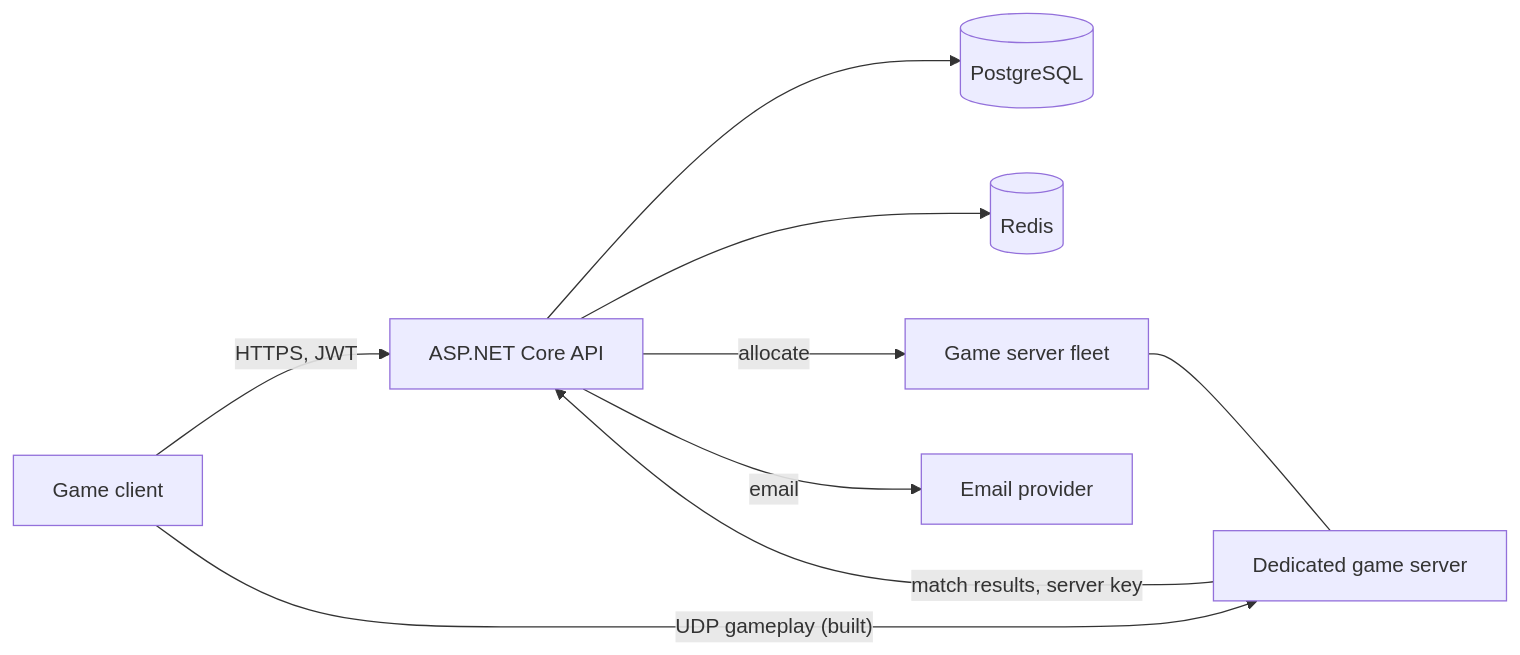
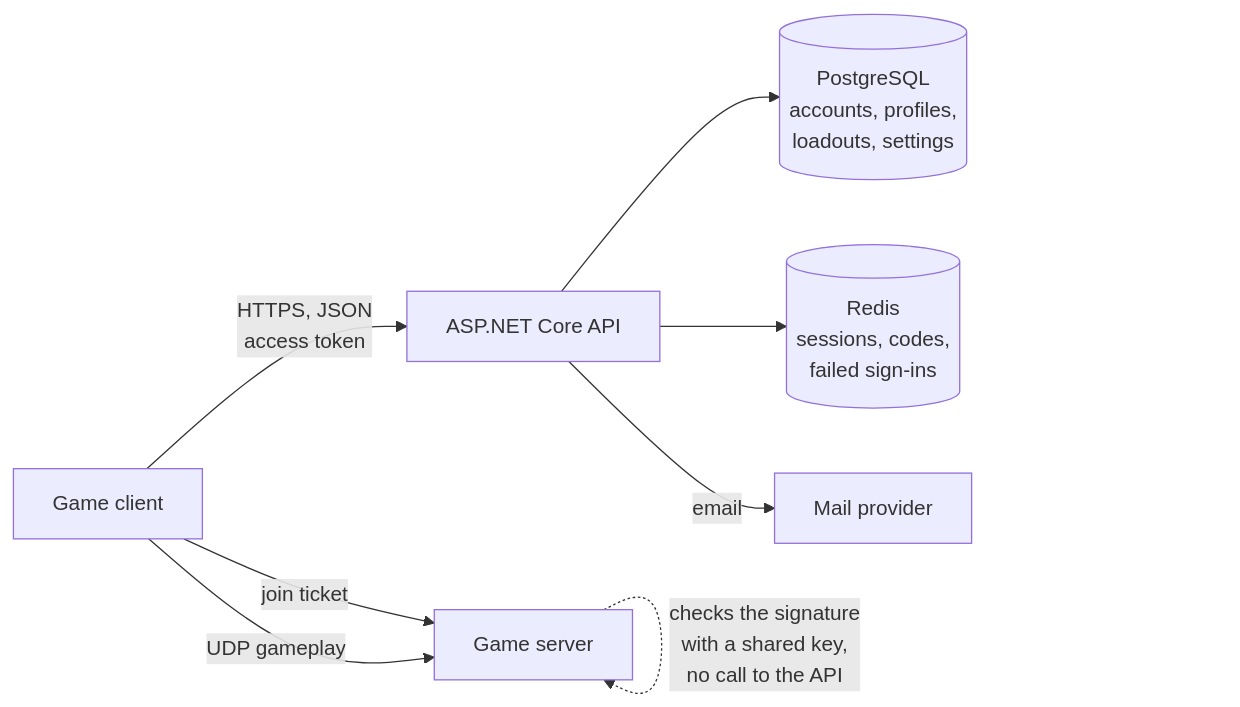
The sixth of 6 diagrams in pulsebreak/docs/ARCHITECTURE.md (aidenobrad-ctrl/Claude), drawn with Mermaid before and after one commit. The commit also changed other lines of this file and 2 other files, not shown here.

First line of the commit message:
Document accounts: backend setup, signing in, sync, and servers that need tickets

````diff
--- a/pulsebreak/docs/ARCHITECTURE.md
+++ b/pulsebreak/docs/ARCHITECTURE.md
@@ -344,11 +365,10 @@
 ```mermaid
 flowchart LR
-    Client[Game client] -- HTTPS, JWT --> API[ASP.NET Core API]
-    API --> PG[(PostgreSQL)]
-    API --> Redis[(Redis)]
-    API -- allocate --> Fleet[Game server fleet]
-    Client -- "UDP gameplay (built)" --> GS[Dedicated game server]
-    Fleet --- GS
-    GS -- "match results, server key" --> API
-    API -- email --> Mail[Email provider]
+    Game[Game client] -- "HTTPS, JSON<br/>access token" --> API[ASP.NET Core API]
+    API --> PG[(PostgreSQL<br/>accounts, profiles,<br/>loadouts, settings)]
+    API --> Redis[(Redis<br/>sessions, codes,<br/>failed sign-ins)]
+    API -- email --> Mail[Mail provider]
+    Game -- "join ticket" --> GS[Game server]
+    GS -. "checks the signature<br/>with a shared key,<br/>no call to the API" .-> GS
+    Game -- "UDP gameplay" --> GS
 ```
````
